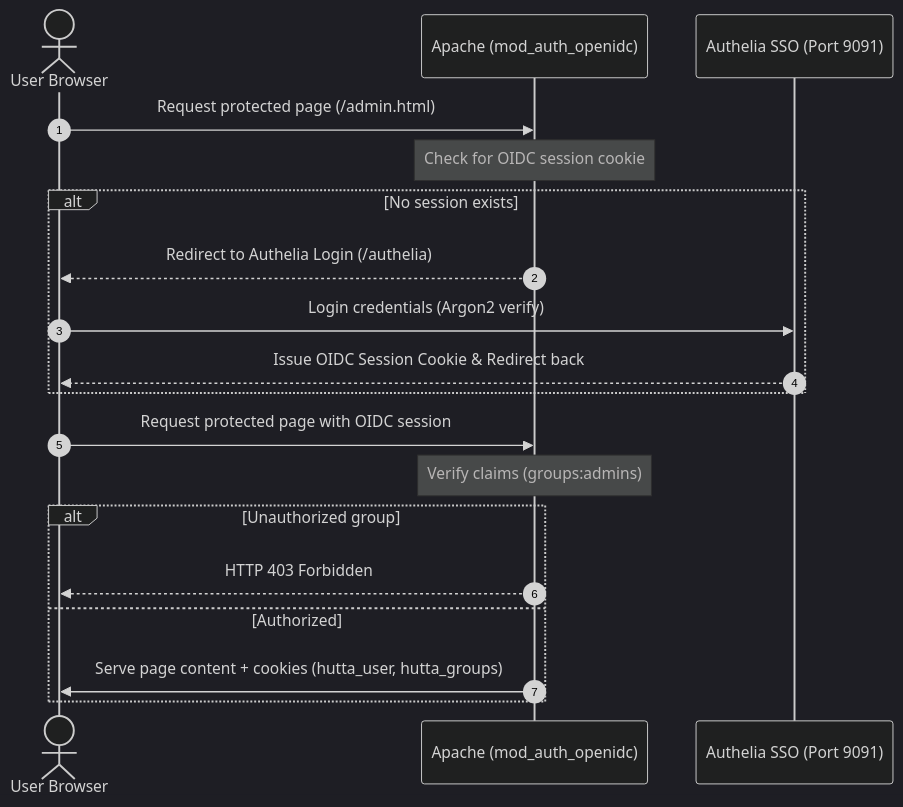
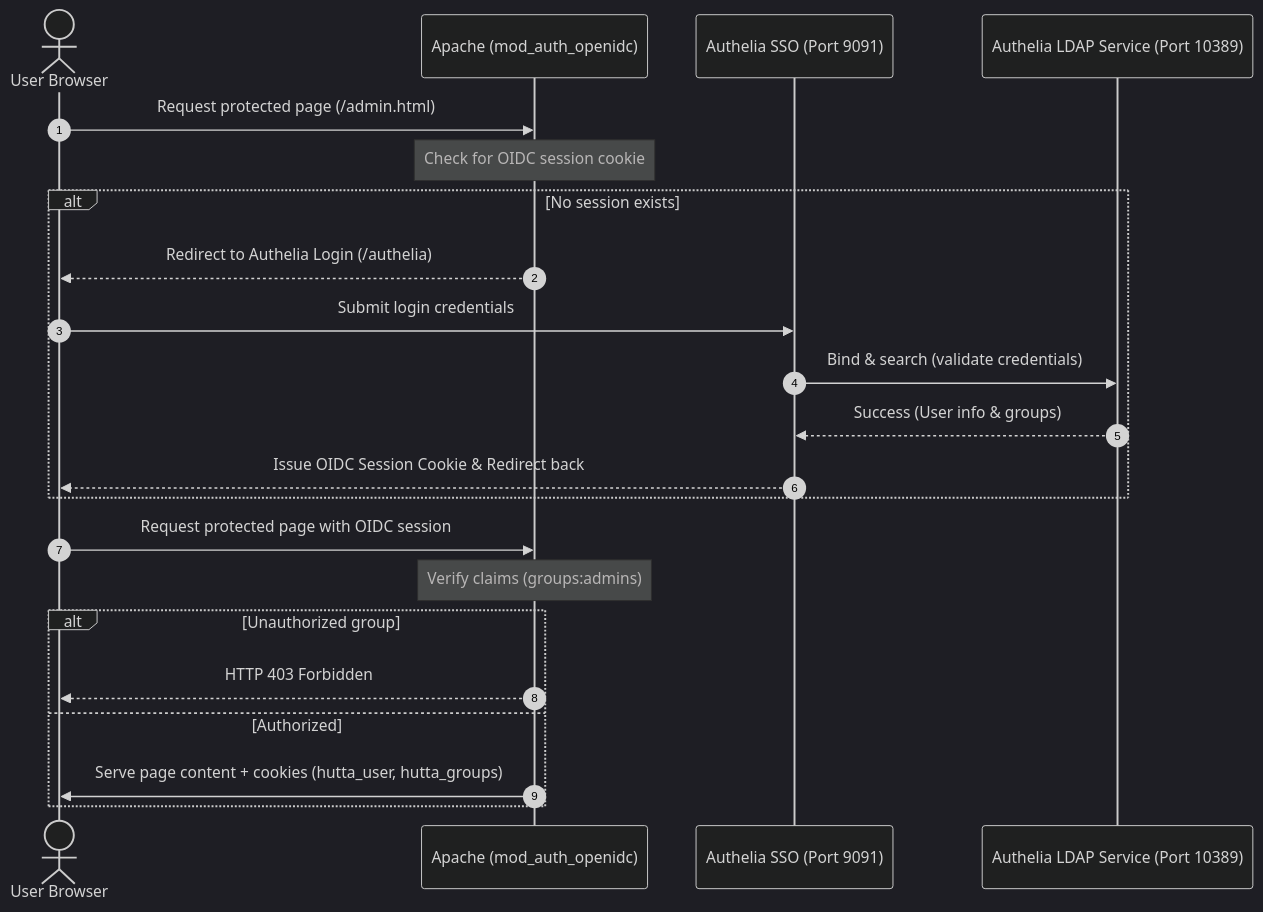
The diagram in authelia-ldap/README.md (muku3011/website), drawn with Mermaid (dark theme) before and after one commit. The commit also changed other lines of this file and 8 other files, not shown here.

Commit message:
chore: resolve IDE warnings, update architecture documentation to include authelia-ldap, and update footer notes

````diff
--- a/authelia-ldap/README.md
+++ b/authelia-ldap/README.md
@@ -7,22 +7,25 @@
 ```mermaid
 sequenceDiagram
     autonumber
     actor User as User Browser
     participant Apache as Apache (mod_auth_openidc)
     participant Authelia as Authelia SSO (Port 9091)
+    participant LDAP as Authelia LDAP Service (Port 10389)
     
     User->>Apache: Request protected page (/admin.html)
     Note over Apache: Check for OIDC session cookie
     alt No session exists
         Apache-->>User: Redirect to Authelia Login (/authelia)
-        User->>Authelia: Login credentials (Argon2 verify)
+        User->>Authelia: Submit login credentials
+        Authelia->>LDAP: Bind & search (validate credentials)
+        LDAP-->>Authelia: Success (User info & groups)
         Authelia-->>User: Issue OIDC Session Cookie & Redirect back
     end
     User->>Apache: Request protected page with OIDC session
     Note over Apache: Verify claims (groups:admins)
     alt Unauthorized group
         Apache-->>User: HTTP 403 Forbidden
     else Authorized
         Apache->>User: Serve page content + cookies (hutta_user, hutta_groups)
     end
 ```
````
